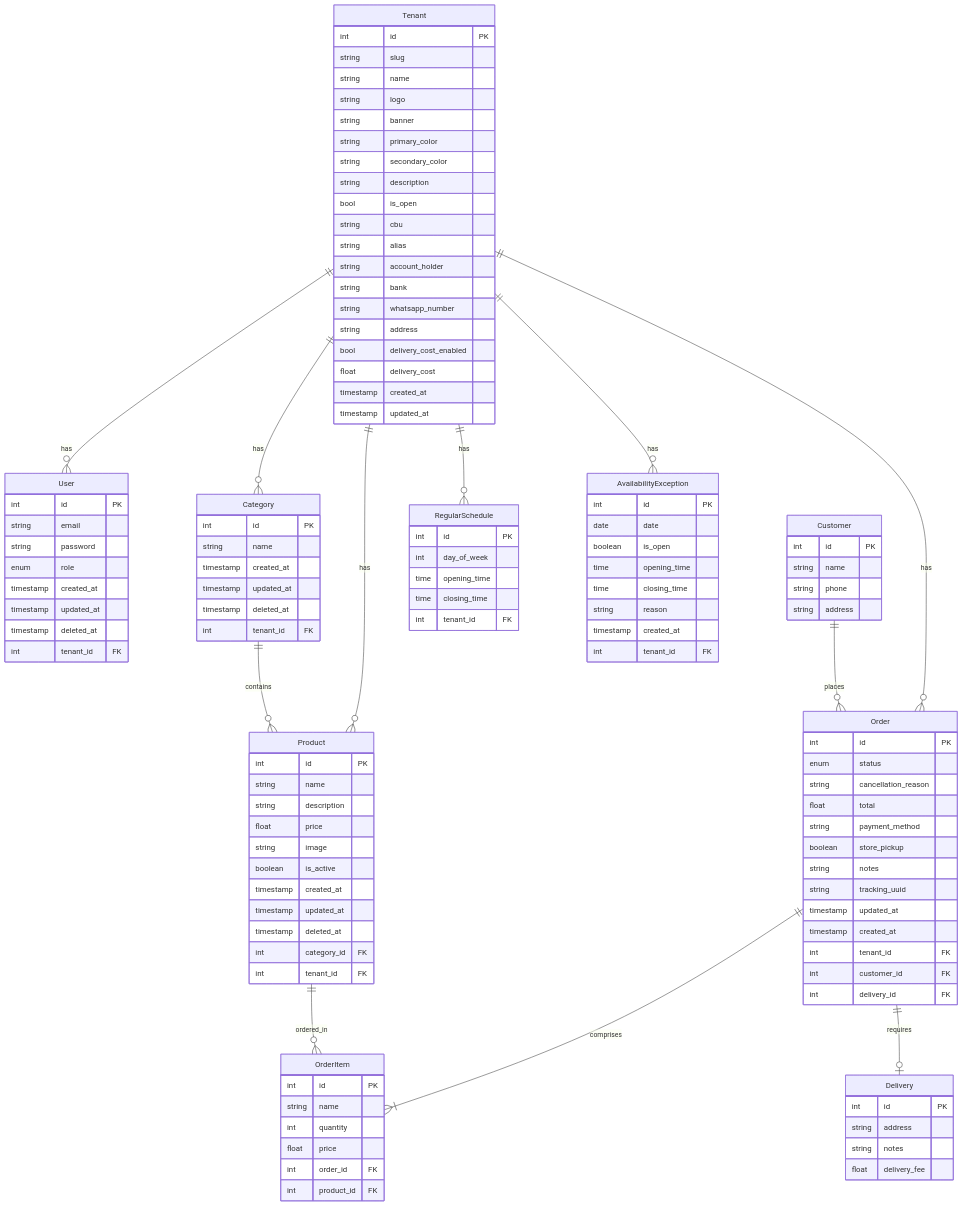
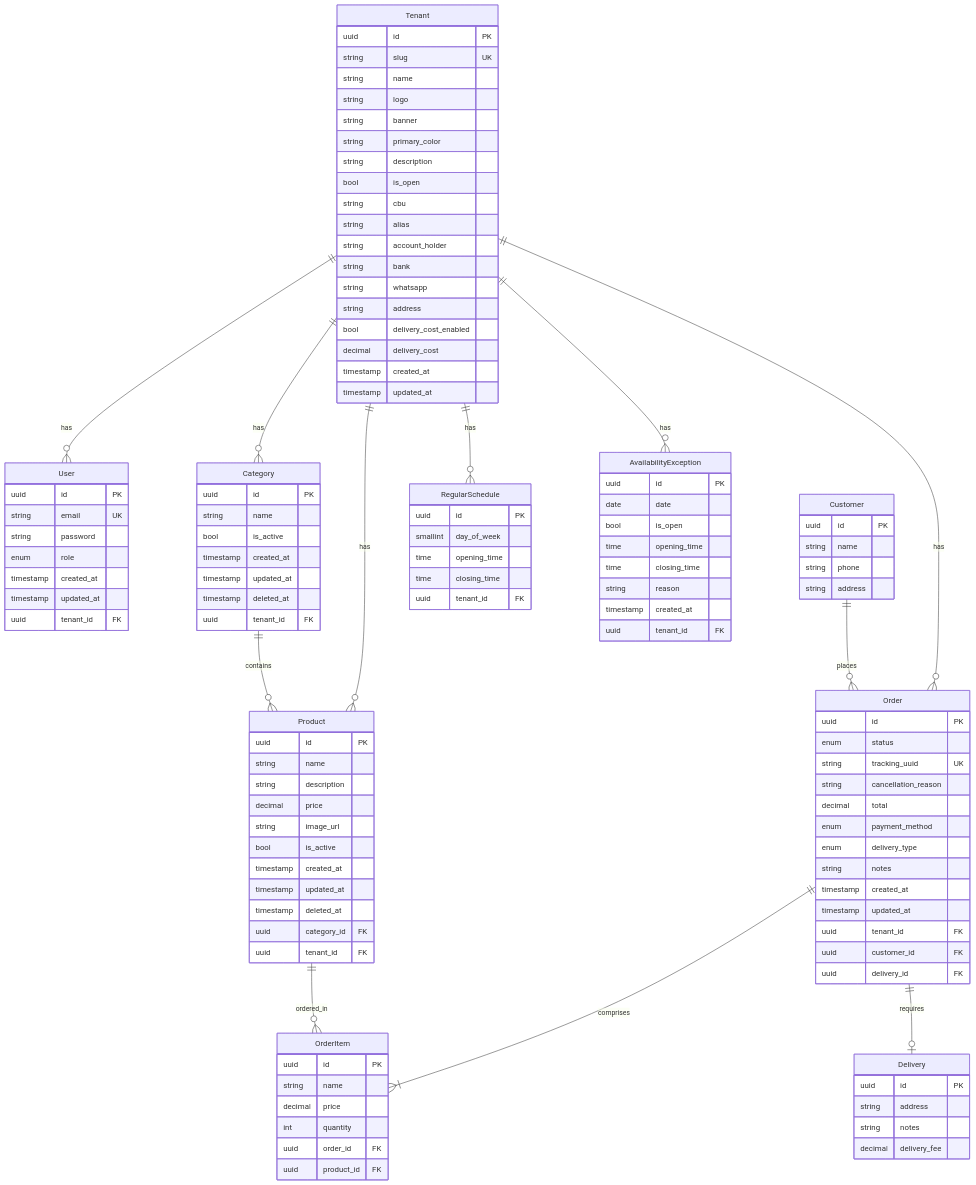
Before and after one commit to tomigambino/backend_pedidos_online: the second of 3 diagrams in documentation/diagrams.md, drawn with Mermaid. The commit also changed other lines of this file and 6 other files, not shown here.

````diff
--- a/documentation/diagrams.md
+++ b/documentation/diagrams.md
@@ -175,117 +200,116 @@
 ```mermaid
 erDiagram
     Tenant {
-        int id PK
-        string slug
+        uuid id PK
+        string slug UK
         string name
         string logo
         string banner
         string primary_color
-        string secondary_color
         string description
         bool is_open
         string cbu
         string alias
         string account_holder
         string bank
-        string whatsapp_number
+        string whatsapp
         string address
         bool delivery_cost_enabled
-        float delivery_cost
+        decimal delivery_cost
         timestamp created_at
         timestamp updated_at
     }
 
     User {
-        int id PK
-        string email
+        uuid id PK
+        string email UK
         string password
         enum role
         timestamp created_at
         timestamp updated_at
-        timestamp deleted_at
-        int tenant_id FK
+        uuid tenant_id FK
     }
 
     Category {
-        int id PK
+        uuid id PK
         string name
+        bool is_active
         timestamp created_at
         timestamp updated_at
         timestamp deleted_at
-        int tenant_id FK
+        uuid tenant_id FK
     }
 
     Product {
-        int id PK
+        uuid id PK
         string name
         string description
-        float price
-        string image
-        boolean is_active
+        decimal price
+        string image_url
+        bool is_active
         timestamp created_at
         timestamp updated_at
         timestamp deleted_at
-        int category_id FK
-        int tenant_id FK
+        uuid category_id FK
+        uuid tenant_id FK
     }
 
     Order {
-        int id PK
+        uuid id PK
         enum status
+        string tracking_uuid UK
         string cancellation_reason
-        float total
-        string payment_method
-        boolean store_pickup
+        decimal total
+        enum payment_method
+        enum delivery_type
         string notes
-        string tracking_uuid
+        timestamp created_at
         timestamp updated_at
-        timestamp created_at
-        int tenant_id FK
-        int customer_id FK
-        int delivery_id FK
+        uuid tenant_id FK
+        uuid customer_id FK
+        uuid delivery_id FK
     }
 
     Delivery {
-        int id PK
+        uuid id PK
         string address
         string notes
-        float delivery_fee
+        decimal delivery_fee
     }
 
     OrderItem {
-        int id PK
+        uuid id PK
         string name
+        decimal price
         int quantity
-        float price
-        int order_id FK
-        int product_id FK
+        uuid order_id FK
+        uuid product_id FK
     }
 
     Customer {
-        int id PK
+        uuid id PK
         string name
         string phone
         string address
     }
 
     RegularSchedule {
-        int id PK
-        int day_of_week
+        uuid id PK
+        smallint day_of_week
         time opening_time
         time closing_time
-        int tenant_id FK
+        uuid tenant_id FK
     }
 
     AvailabilityException {
-        int id PK
+        uuid id PK
         date date
-        boolean is_open
+        bool is_open
         time opening_time
         time closing_time
         string reason
         timestamp created_at
-        int tenant_id FK
+        uuid tenant_id FK
     }
 
     Tenant ||--o{ User : "has"
````
